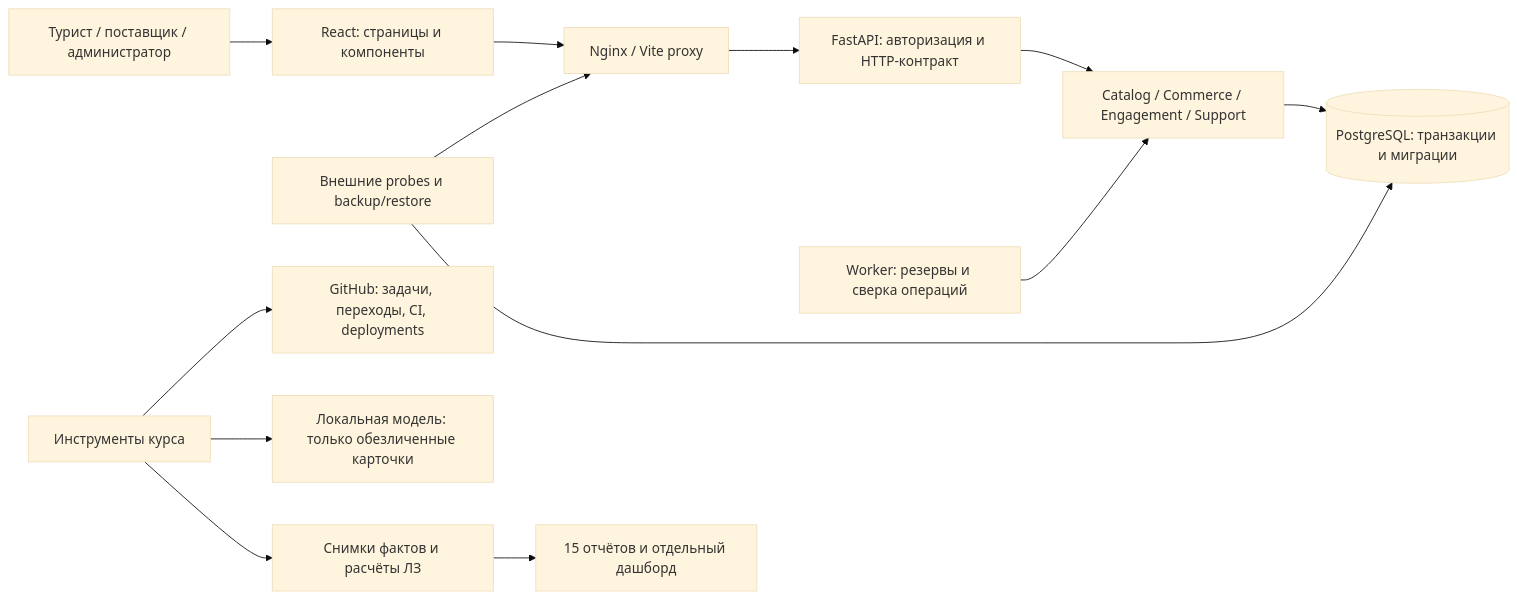
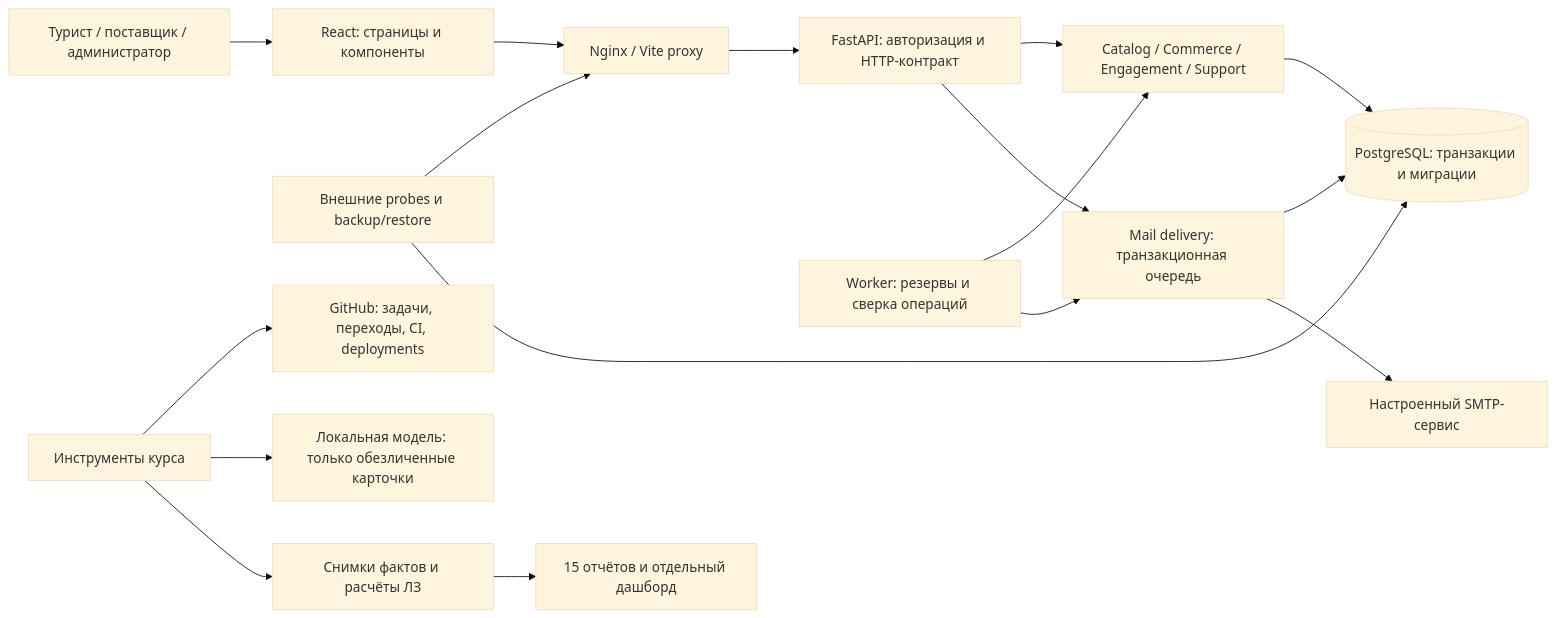
The diagram in docs/architecture.md (Akira-vs96/SaparTravel), drawn with Mermaid (base theme) before and after one commit. The commit also changed other lines of this file and 31 other files, not shown here.

Commit message:
Fix password recovery with SMTP delivery and verify site workflows

````diff
--- a/docs/architecture.md
+++ b/docs/architecture.md
@@ -8,15 +8,19 @@
 ```mermaid
 flowchart LR
   Visitor[Турист / поставщик / администратор] --> Web[React: страницы и компоненты]
   Web --> Proxy[Nginx / Vite proxy]
   Proxy --> API[FastAPI: авторизация и HTTP-контракт]
   API --> Services[Catalog / Commerce / Engagement / Support]
   Services --> DB[(PostgreSQL: транзакции и миграции)]
   Worker[Worker: резервы и сверка операций] --> Services
+  API --> Mail[Mail delivery: транзакционная очередь]
+  Mail --> DB
+  Worker --> Mail
+  Mail --> SMTP[Настроенный SMTP-сервис]
   Ops[Внешние probes и backup/restore] --> Proxy
   Ops --> DB
   Course[Инструменты курса] --> GitHub[GitHub: задачи, переходы, CI, deployments]
   Course --> Model[Локальная модель: только обезличенные карточки]
   Course --> Evidence[Снимки фактов и расчёты ЛЗ]
   Evidence --> Reports[15 отчётов и отдельный дашборд]
 ```
````
